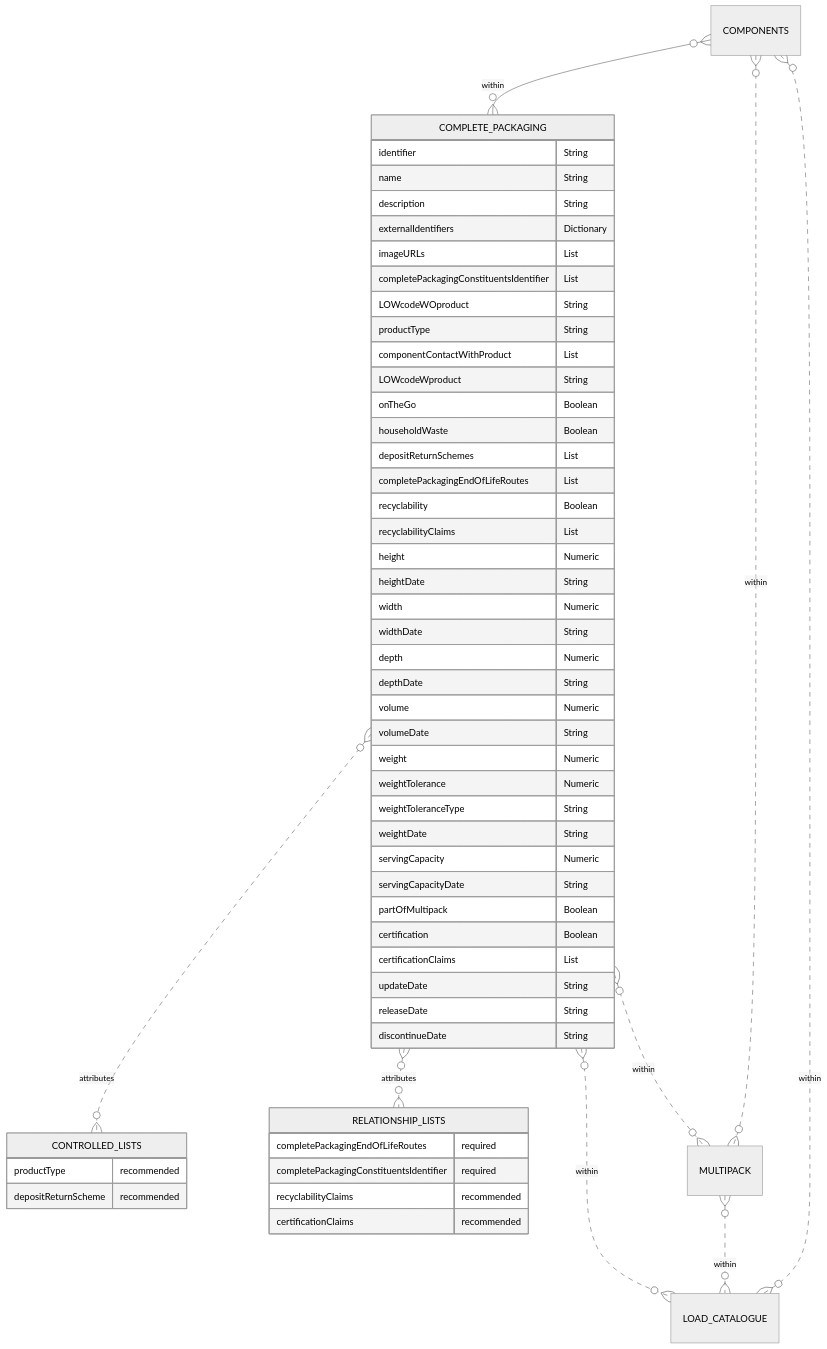
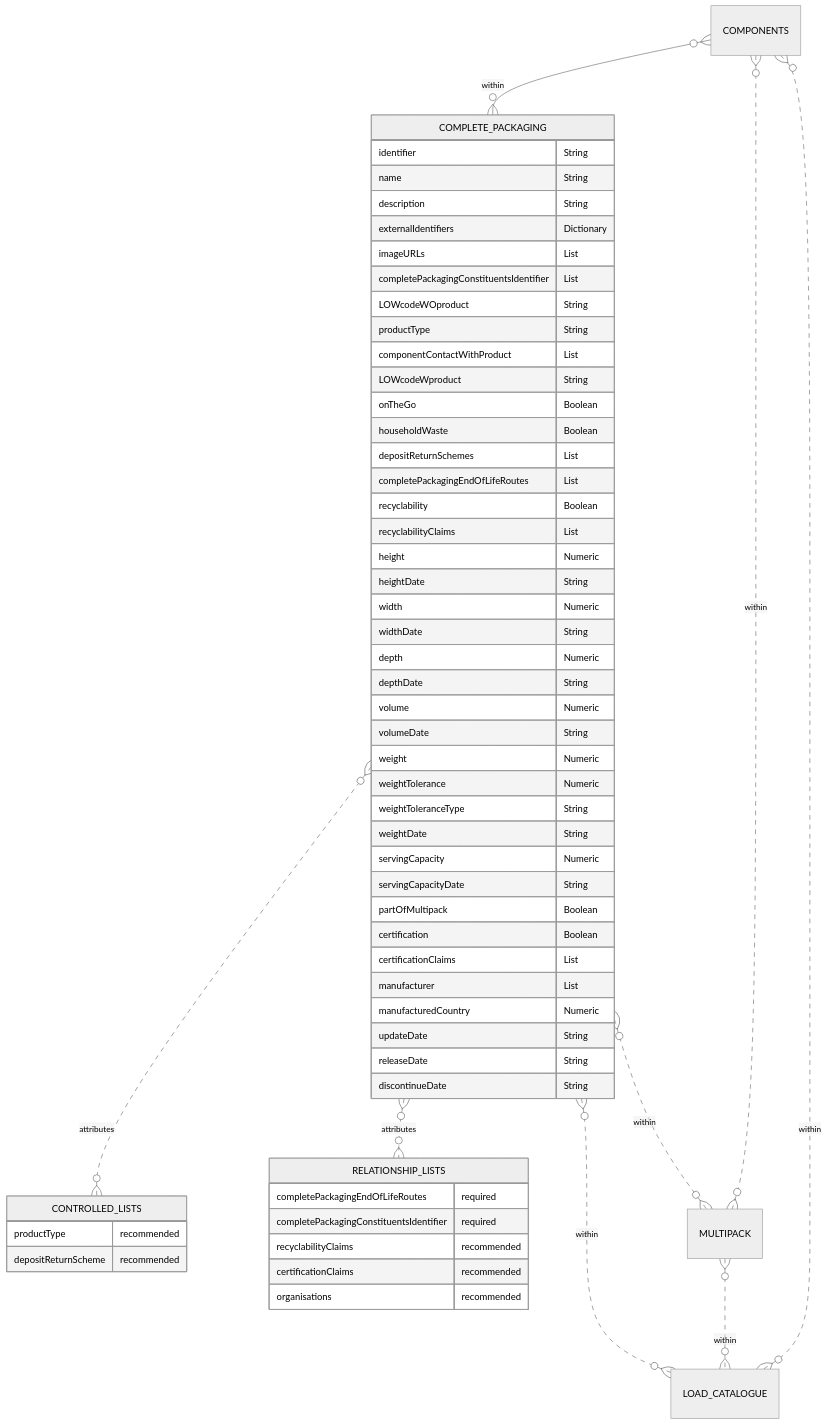
Before and after one commit to OpenDataManchester/Open3P: the diagram in docs/3_Data_Specification/3_4_Complete_Packaging.md, drawn with Mermaid (neutral theme). The commit also changed other lines of this file, not shown here.

Commit message:
Added organisation to base complete packaging

````diff
--- a/docs/3_Data_Specification/3_4_Complete_Packaging.md
+++ b/docs/3_Data_Specification/3_4_Complete_Packaging.md
@@ -52,59 +54,62 @@
 ``` mermaid
 erDiagram
 COMPONENTS }o--o{ COMPLETE_PACKAGING : within
   COMPLETE_PACKAGING {
     identifier String
     name String
     description String
     externalIdentifiers Dictionary
     imageURLs List
     completePackagingConstituentsIdentifier List
     LOWcodeWOproduct String
     productType String
     componentContactWithProduct List
     LOWcodeWproduct String
     onTheGo Boolean
     householdWaste Boolean
     depositReturnSchemes List
     completePackagingEndOfLifeRoutes List
     recyclability Boolean
     recyclabilityClaims List
     height Numeric
     heightDate String
     width Numeric
     widthDate String
     depth Numeric
     depthDate String
     volume Numeric
     volumeDate String
     weight Numeric
     weightTolerance Numeric
     weightToleranceType String
     weightDate String
     servingCapacity Numeric
     servingCapacityDate String
     partOfMultipack Boolean
     certification Boolean
     certificationClaims List
+    manufacturer List
+    manufacturedCountry Numeric
     updateDate String
     releaseDate String
     discontinueDate String
   }
   COMPLETE_PACKAGING }o..o{ CONTROLLED_LISTS : attributes
   COMPLETE_PACKAGING }O..O{ RELATIONSHIP_LISTS : attributes
   COMPLETE_PACKAGING }o..o{ MULTIPACK : within
   COMPONENTS }o..o{ MULTIPACK : within
   COMPLETE_PACKAGING }o..o{ LOAD_CATALOGUE : within
   MULTIPACK }o..o{ LOAD_CATALOGUE : within
   COMPONENTS }o..o{ LOAD_CATALOGUE : within
       CONTROLLED_LISTS {
       productType recommended
       depositReturnScheme recommended
     }
     RELATIONSHIP_LISTS {
       completePackagingEndOfLifeRoutes required
       completePackagingConstituentsIdentifier required
       recyclabilityClaims recommended
       certificationClaims recommended
+      organisations recommended
     }
 ```
````
